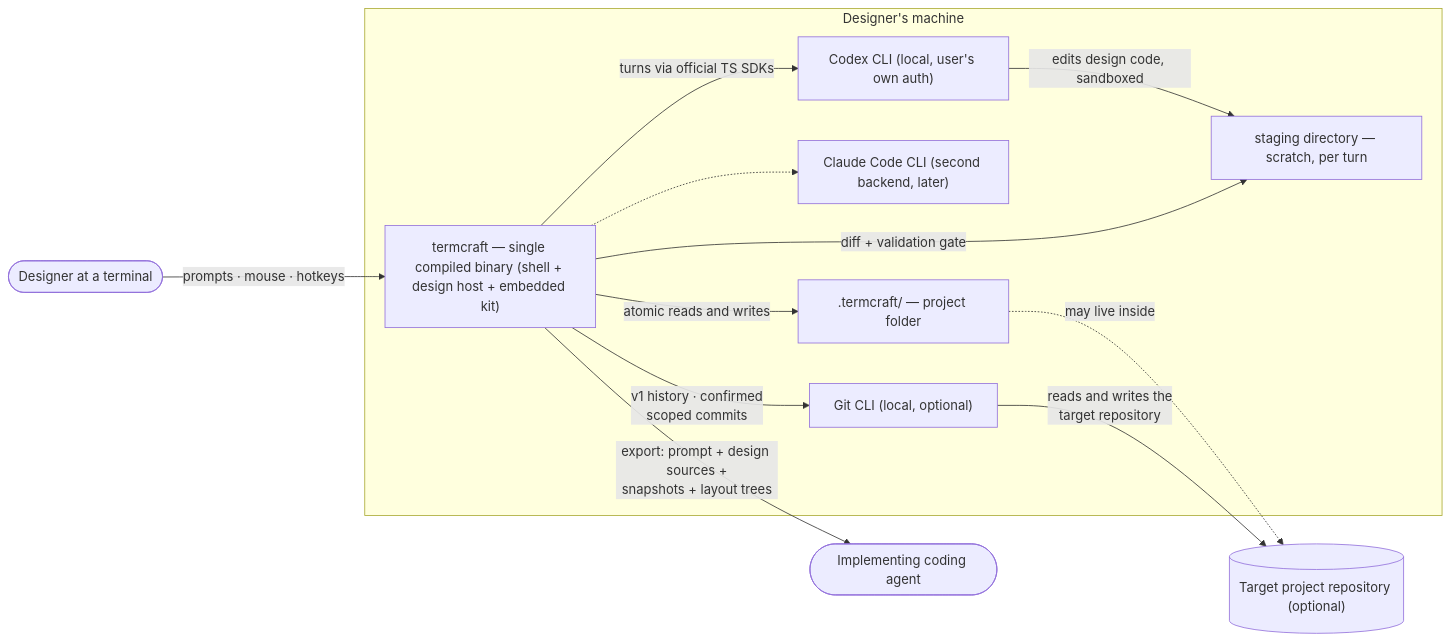
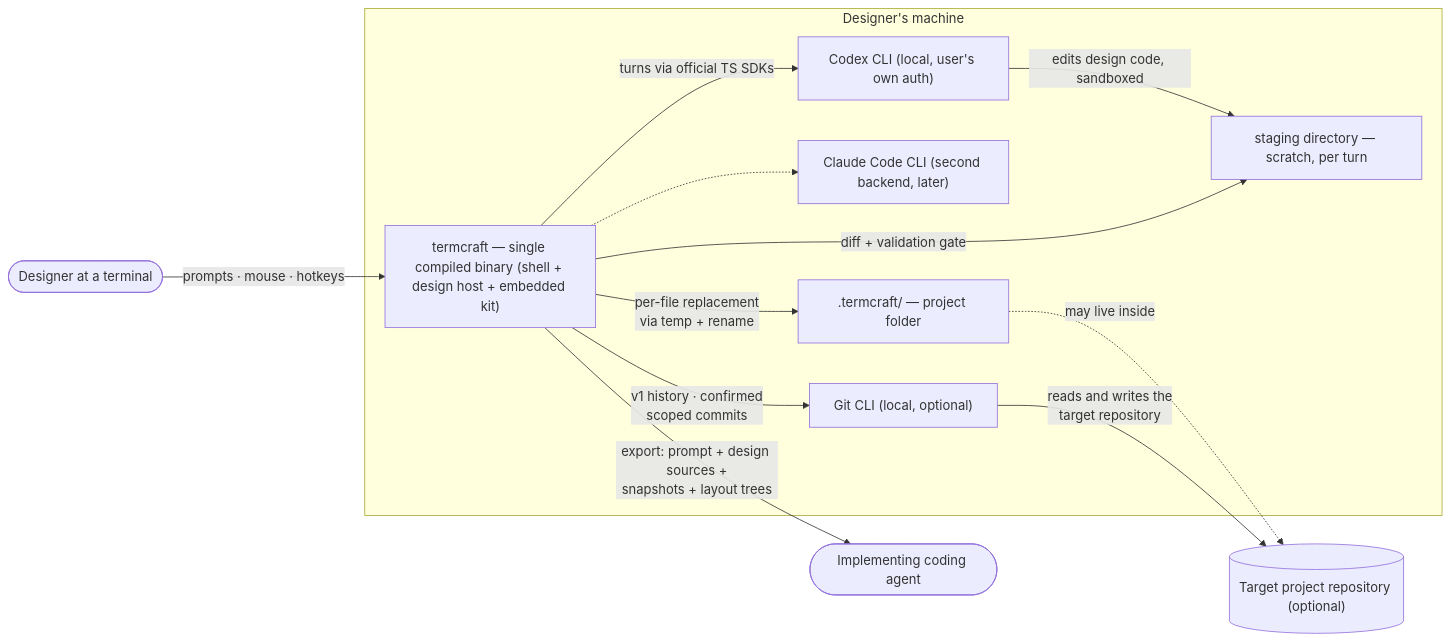
Before and after one commit to khmilevoi/termcraft: the diagram in docs/architecture/overview.md, drawn with Mermaid. The commit also changed other lines of this file and 8 other files, not shown here.

Commit message:
docs(architecture): resolve final review findings

````diff
--- a/docs/architecture/overview.md
+++ b/docs/architecture/overview.md
@@ -3,25 +3,25 @@
 ```mermaid
 flowchart LR
     designer(["Designer at a terminal"])
     coder(["Implementing coding agent"])
     subgraph machine["Designer's machine"]
         termcraft["termcraft — single compiled binary (shell + design host + embedded kit)"]
         codexcli["Codex CLI (local, user's own auth)"]
         claudecli["Claude Code CLI (second backend, later)"]
         gitcli["Git CLI (local, optional)"]
         staging["staging directory — scratch, per turn"]
         folder[".termcraft/ — project folder"]
     end
     repo[("Target project repository (optional)")]
 
     designer -- "prompts · mouse · hotkeys" --> termcraft
     termcraft -- "turns via official TS SDKs" --> codexcli
     termcraft -.-> claudecli
     codexcli -- "edits design code, sandboxed" --> staging
     termcraft -- "diff + validation gate" --> staging
-    termcraft -- "atomic reads and writes" --> folder
+    termcraft -- "per-file replacement<br/>via temp + rename" --> folder
     folder -. "may live inside" .-> repo
     termcraft -- "v1 history · confirmed<br/>scoped commits" --> gitcli
     gitcli -- "reads and writes the<br/>target repository" --> repo
     termcraft -- "export: prompt + design sources +<br/>snapshots + layout trees" --> coder
 ```
````
